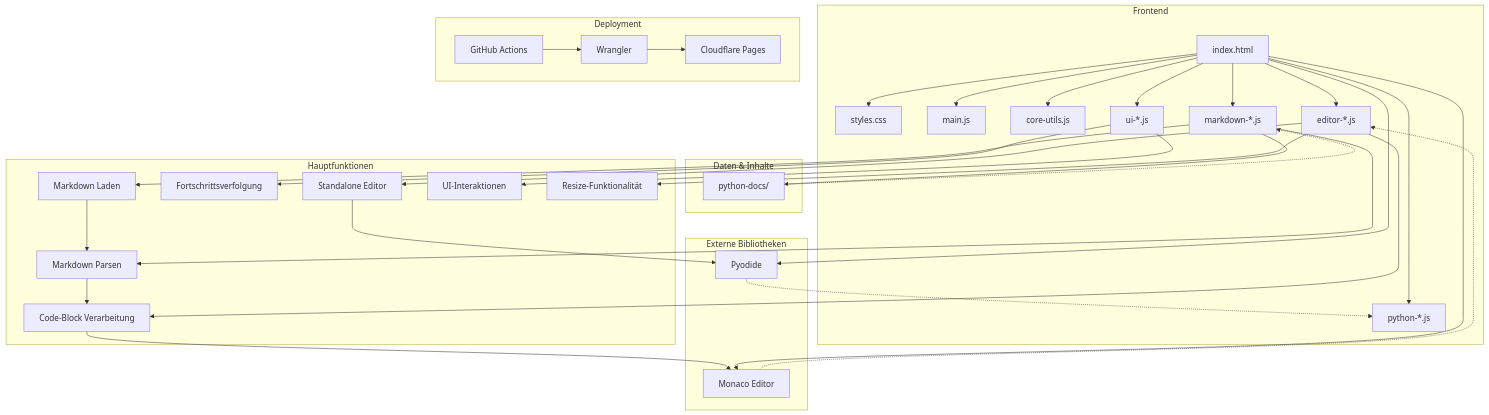
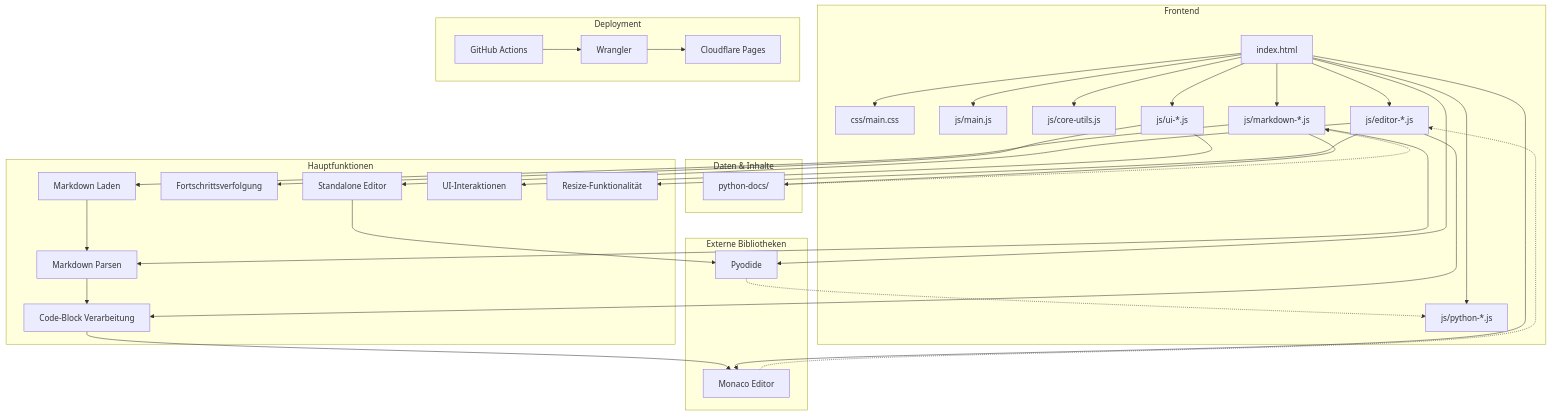
The diagram in README.md (vsvito420/python3), drawn with Mermaid before and after one commit. The commit also changed other lines of this file and 2 other files, not shown here.

Commit message:
Ändere die Pfade der JavaScript-Dateien in HTML und aktualisiere die Konfiguration für den lokalen Server in launch.json

````diff
--- a/README.md
+++ b/README.md
@@ -9,46 +9,46 @@
 ```mermaid
 graph TD
     subgraph Frontend
-        A[index.html] --> B[styles.css]
-        A --> C1[main.js]
-        A --> C2[core-utils.js]
-        A --> C3[editor-*.js]
-        A --> C4[ui-*.js]
-        A --> C5[python-*.js]
-        A --> C6[markdown-*.js]
+        A[index.html] --> B[css/main.css]
+        A --> C1[js/main.js]
+        A --> C2[js/core-utils.js]
+        A --> C3[js/editor-*.js]
+        A --> C4[js/ui-*.js]
+        A --> C5[js/python-*.js]
+        A --> C6[js/markdown-*.js]
     end
     
     subgraph "Externe Bibliotheken"
         E[Monaco Editor] -.-> C3
         F[Pyodide] -.-> C5
     end
     
     subgraph "Daten & Inhalte"
         G[python-docs/] -.-> C6
     end
     
     subgraph "Hauptfunktionen"
         C6 --> H[Markdown Laden]
         C6 --> I[Markdown Parsen]
         C3 --> J[Code-Block Verarbeitung]
         C4 --> K[Fortschrittsverfolgung]
         
         C3 --> L[Standalone Editor]
         C4 --> M[UI-Interaktionen]
         C3 --> N[Resize-Funktionalität]
         
         H --> I
         I --> J
         J --> E
         L --> F
     end
     
     subgraph "Deployment"
         O[GitHub Actions] --> P[Wrangler]
         P --> Q[Cloudflare Pages]
     end
     
     A --> E
     A --> F
     C6 --> G
 ```
````
